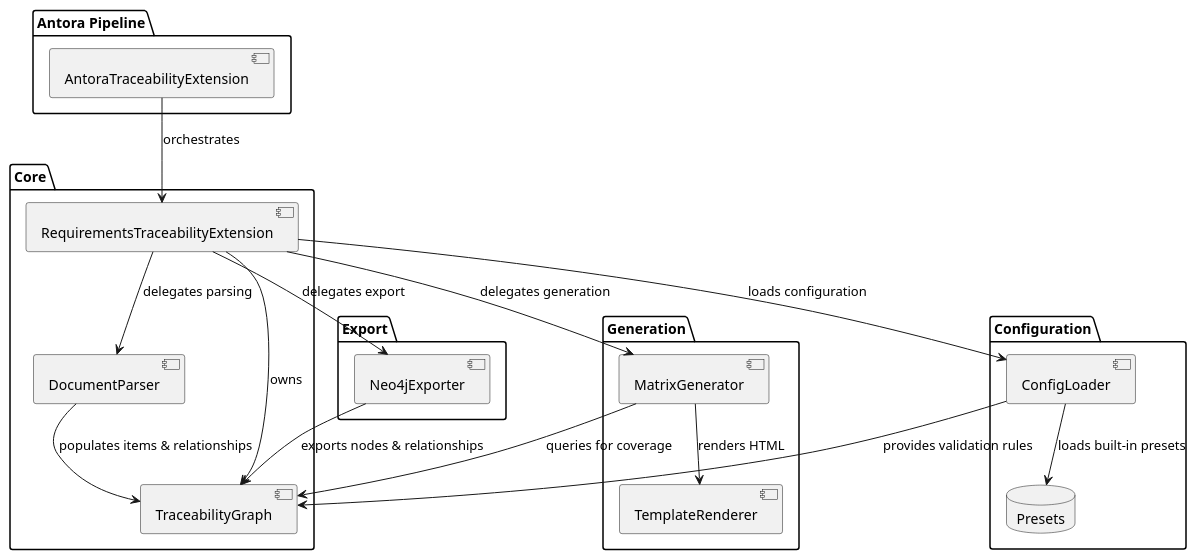
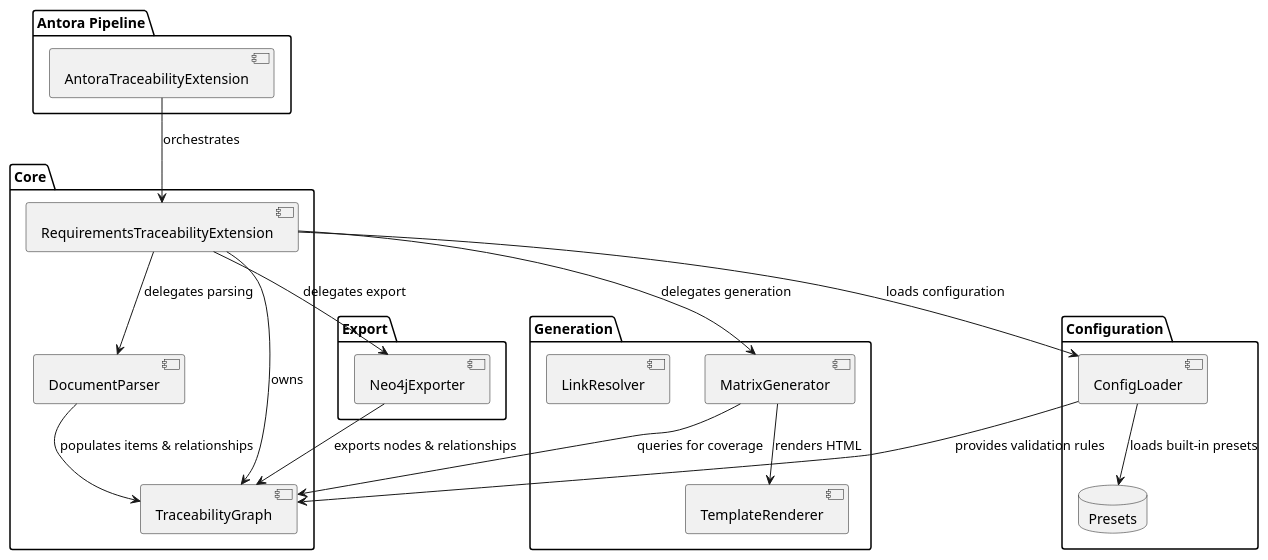
The first of 2 diagrams in examples/modules/ROOT/pages/architecture.adoc (rattermeyer/antora-tracer), drawn with PlantUML before and after one commit. The commit also changed other lines of this file and 6 other files, not shown here.

```diff
--- a/examples/modules/ROOT/pages/architecture.adoc
+++ b/examples/modules/ROOT/pages/architecture.adoc
@@ -38,43 +38,44 @@
 [plantuml, format=svg]
 ....
 @startuml
 package "Antora Pipeline" {
   [AntoraTraceabilityExtension] as antora_ext
 }
 
 package "Core" {
   [RequirementsTraceabilityExtension] as main_ext
   [DocumentParser] as parser
   [TraceabilityGraph] as graph
 }
 
 package "Generation" {
   [MatrixGenerator] as matrix
   [TemplateRenderer] as templates
+  [LinkResolver] as linkresolver
 }
 
 package "Export" {
   [Neo4jExporter] as neo4j
 }
 
 package "Configuration" {
   [ConfigLoader] as config
   database "Presets" as presets
 }
 
 antora_ext --> main_ext : orchestrates
 main_ext --> parser : delegates parsing
 main_ext --> graph : owns
 main_ext --> matrix : delegates generation
 main_ext --> neo4j : delegates export
 main_ext --> config : loads configuration
 
 parser --> graph : populates items & relationships
 matrix --> graph : queries for coverage
 matrix --> templates : renders HTML
 neo4j --> graph : exports nodes & relationships
 
 config --> presets : loads built-in presets
 config --> graph : provides validation rules
 @enduml
 ....
```
